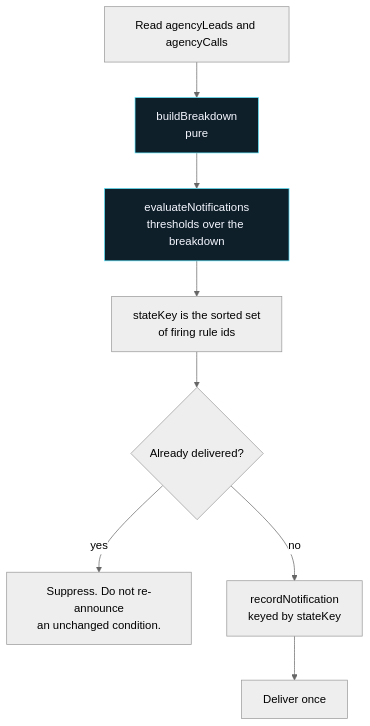
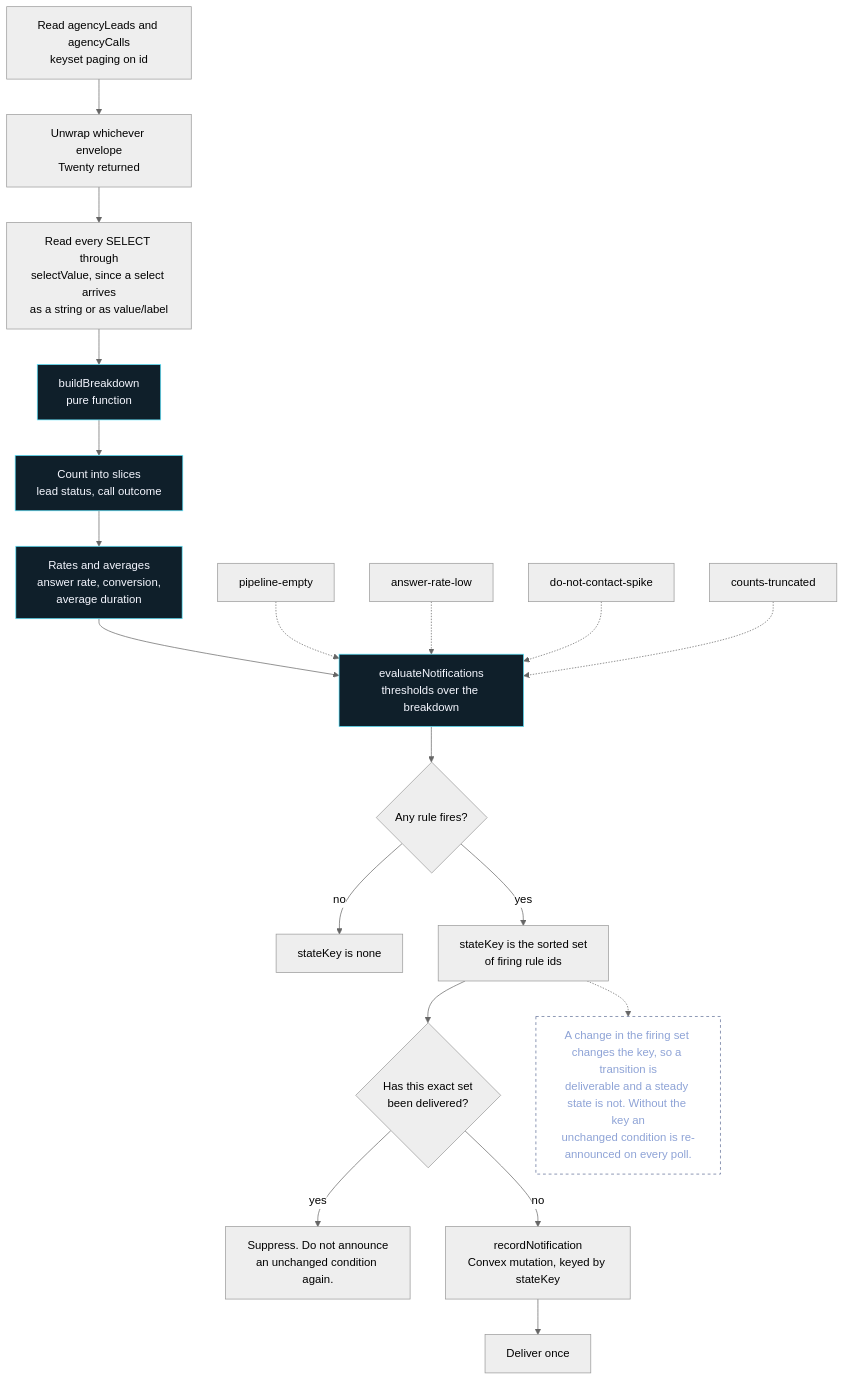
One commit to matthewdonsemail-lab/blaster changed the third of 3 diagrams in README.md. Above: the diagram before and after it, drawn with Mermaid (neutral theme). The commit also changed other lines of this file and 20 other files, not shown here.

First line of the commit message:
docs: diagram every entry surface and gate the diagrams

````diff
--- a/README.md
+++ b/README.md
@@ -485,13 +580,31 @@
 ```mermaid
 flowchart TD
-  READ["Read agencyLeads and agencyCalls"] --> BUILD["buildBreakdown<br/>pure"]
-  BUILD --> RULES["evaluateNotifications<br/>thresholds over the breakdown"]
-  RULES --> KEY["stateKey is the sorted set<br/>of firing rule ids"]
-  KEY --> SEEN{"Already delivered?"}
-  SEEN -- "yes" --> SUPPRESS["Suppress. Do not re-announce<br/>an unchanged condition."]
-  SEEN -- "no" --> RECORD["recordNotification<br/>keyed by stateKey"]
+  READ["Read agencyLeads and agencyCalls<br/>keyset paging on id"] --> NORMAL["Unwrap whichever envelope<br/>Twenty returned"]
+  NORMAL --> SELECT["Read every SELECT through<br/>selectValue, since a select arrives<br/>as a string or as value/label"]
+
+  SELECT --> BUILD["buildBreakdown<br/>pure function"]
+  BUILD --> SLICES["Count into slices<br/>lead status, call outcome"]
+  SLICES --> RATES["Rates and averages<br/>answer rate, conversion,<br/>average duration"]
+
+  RATES --> RULES["evaluateNotifications<br/>thresholds over the breakdown"]
+  RULES --> FIRED{"Any rule fires?"}
+  FIRED -- "no" --> NONE["stateKey is none"]
+  FIRED -- "yes" --> KEY["stateKey is the sorted set<br/>of firing rule ids"]
+
+  KEY --> SEEN{"Has this exact set<br/>been delivered?"}
+  SEEN -- "yes" --> SUPPRESS["Suppress. Do not announce<br/>an unchanged condition again."]
+  SEEN -- "no" --> RECORD["recordNotification<br/>Convex mutation, keyed by stateKey"]
   RECORD --> DELIVER["Deliver once"]
 
+  RULE1["pipeline-empty"] -.-> RULES
+  RULE2["answer-rate-low"] -.-> RULES
+  RULE3["do-not-contact-spike"] -.-> RULES
+  RULE4["counts-truncated"] -.-> RULES
+
+  NOTE["A change in the firing set changes the key, so a transition is<br/>deliverable and a steady state is not. Without the key an<br/>unchanged condition is re-announced on every poll."]:::note
+  KEY -.-> NOTE
+
+  classDef note fill:none,stroke:#5f6f96,stroke-dasharray:4 4,color:#8ea3d6
   classDef pure fill:#0f1f2a,stroke:#5ee7ff,color:#f5f7ff
-  class BUILD,RULES pure
+  class BUILD,SLICES,RATES,RULES pure
 ```
````
